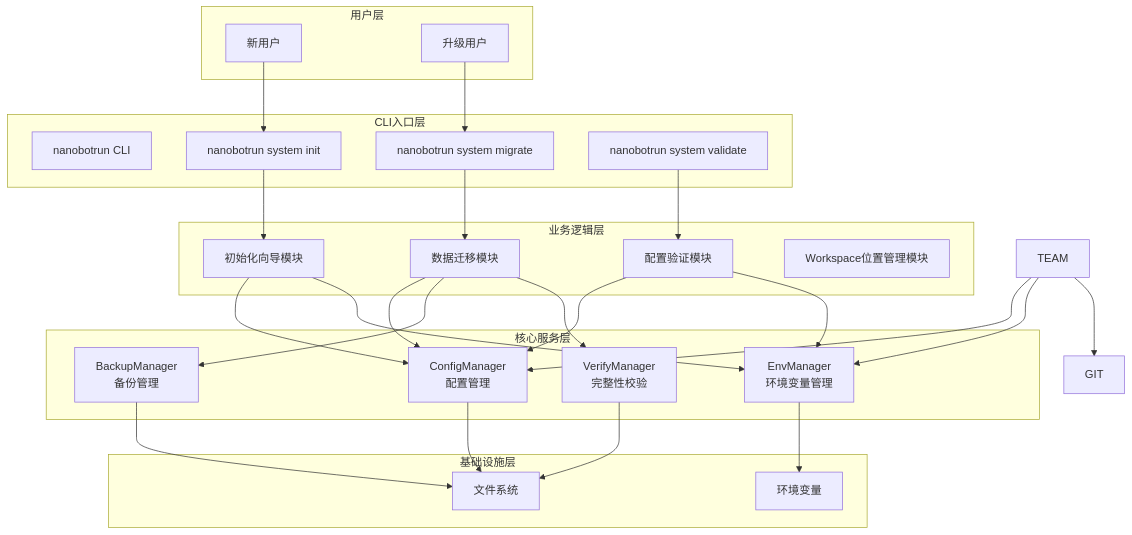
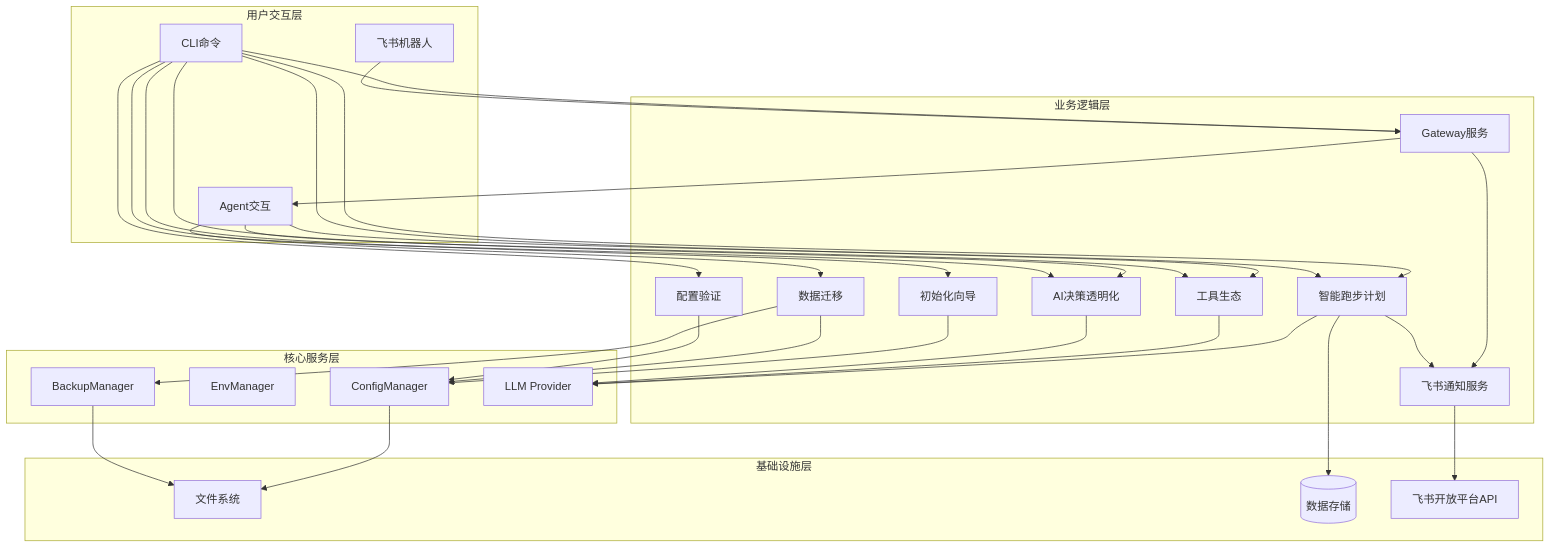
One commit to yecllsl/nanobot-runner changed the first of 7 diagrams in docs/architecture/架构设计说明书.md. Above: the diagram before and after it, drawn with Mermaid. The commit also changed other lines of this file and 5 other files, not shown here.

````diff
--- a/docs/architecture/架构设计说明书.md
+++ b/docs/architecture/架构设计说明书.md
@@ -119,56 +102,63 @@
 ```mermaid
 graph TB
-    subgraph "用户层"
-        U1[新用户]
-        U2[升级用户]
-    end
-    
-    subgraph "CLI入口层"
-        CLI[nanobotrun CLI]
-        CLI_INIT[nanobotrun system init]
-        CLI_MIGRATE[nanobotrun system migrate]
-        CLI_VALIDATE[nanobotrun system validate]
+    subgraph "用户交互层"
+        CLI[CLI命令]
+        AGENT[Agent交互]
+        FEISHU[飞书机器人]
     end
     
     subgraph "业务逻辑层"
-        INIT[初始化向导模块]
-        MIGRATE[数据迁移模块]
-        VALIDATE[配置验证模块]
-        WORKSPACE[Workspace位置管理模块]
+        INIT[初始化向导]
+        MIGRATE[数据迁移]
+        VALIDATE[配置验证]
+        TRAINING[智能跑步计划]
+        TOOLS[工具生态]
+        TRANSPARENCY[AI决策透明化]
+        GATEWAY[Gateway服务]
+        FEISHU_SERVICE[飞书通知服务]
     end
     
     subgraph "核心服务层"
-        CONFIG[ConfigManager<br/>配置管理]
-        ENV[EnvManager<br/>环境变量管理]
-        BACKUP[BackupManager<br/>备份管理]
-        VERIFY[VerifyManager<br/>完整性校验]
+        CONFIG[ConfigManager]
+        ENV[EnvManager]
+        BACKUP[BackupManager]
+        LLM[LLM Provider]
     end
     
     subgraph "基础设施层"
         FS[文件系统]
-        ENV_VAR[环境变量]
+        DB[(数据存储)]
+        FEISHU_API[飞书开放平台API]
     end
     
-    U1 --> CLI_INIT
-    U2 --> CLI_MIGRATE
+    CLI --> INIT
+    CLI --> MIGRATE
+    CLI --> VALIDATE
+    CLI --> TRAINING
+    CLI --> TOOLS
+    CLI --> TRANSPARENCY
+    CLI --> GATEWAY
     
-    CLI_INIT --> INIT
-    CLI_MIGRATE --> MIGRATE
-    CLI_VALIDATE --> VALIDATE
+    AGENT --> TRAINING
+    AGENT --> TOOLS
+    AGENT --> TRANSPARENCY
+    
+    FEISHU --> GATEWAY
+    GATEWAY --> AGENT
+    GATEWAY --> FEISHU_SERVICE
+    
+    FEISHU_SERVICE --> FEISHU_API
+    TRAINING --> FEISHU_SERVICE
     
     INIT --> CONFIG
-    INIT --> ENV
     MIGRATE --> CONFIG
     MIGRATE --> BACKUP
-    MIGRATE --> VERIFY
     VALIDATE --> CONFIG
-    VALIDATE --> ENV
-    TEAM --> CONFIG
-    TEAM --> ENV
+    TRAINING --> LLM
+    TOOLS --> LLM
+    TRANSPARENCY --> LLM
     
     CONFIG --> FS
-    ENV --> ENV_VAR
     BACKUP --> FS
-    VERIFY --> FS
-    TEAM --> GIT
+    TRAINING --> DB
 ```
````
